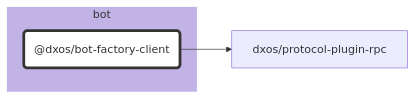
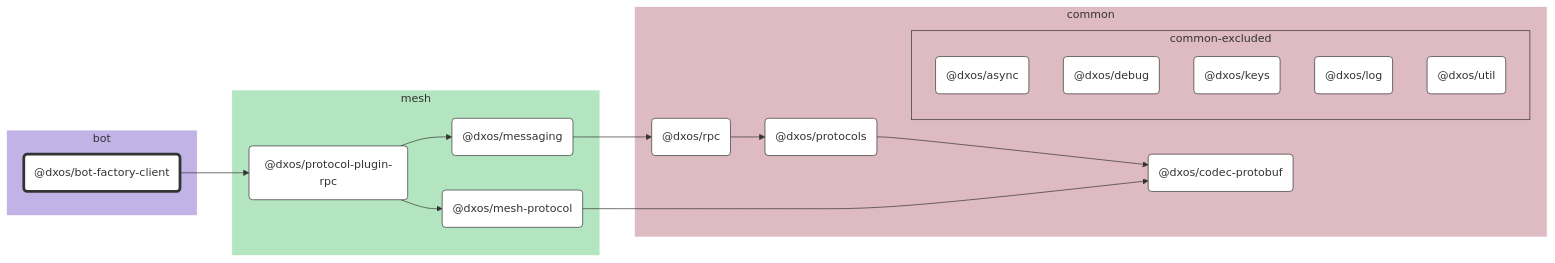
Before and after one commit to dxos/dxos: the diagram in packages/bot/bot-factory-client/docs/README.md, drawn with Mermaid. The commit also changed 69 other files, not shown here.

````diff
--- a/packages/bot/bot-factory-client/docs/README.md
+++ b/packages/bot/bot-factory-client/docs/README.md
@@ -7,21 +7,61 @@
 ```mermaid
 %%{ init: {'flowchart':{'curve':'basis'}} }%%
 
 flowchart LR
 
 %% Classes
 classDef def fill:#fff,stroke:#333,stroke-width:1px
 classDef root fill:#fff,stroke:#333,stroke-width:4px
 
 %% Nodes
 
 subgraph bot [bot]
   style bot fill:#c2b3e6,stroke:#fff
   dxos/bot-factory-client("@dxos/bot-factory-client"):::root
   click dxos/bot-factory-client "dxos/dxos/tree/main/packages/bot/bot-factory-client/docs"
 end
 
+subgraph common [common]
+  style common fill:#debac2,stroke:#fff
+  dxos/codec-protobuf("@dxos/codec-protobuf"):::def
+  click dxos/codec-protobuf "dxos/dxos/tree/main/packages/common/codec-protobuf/docs"
+  dxos/protocols("@dxos/protocols"):::def
+  click dxos/protocols "dxos/dxos/tree/main/packages/common/protocols/docs"
+  dxos/rpc("@dxos/rpc"):::def
+  click dxos/rpc "dxos/dxos/tree/main/packages/common/rpc/docs"
+
+  subgraph common-excluded [common-excluded]
+    style common-excluded fill:#debac2,stroke:#333,stroke-dashed:5 5
+    dxos/async("@dxos/async"):::def
+    click dxos/async "dxos/dxos/tree/main/packages/common/async/docs"
+    dxos/debug("@dxos/debug"):::def
+    click dxos/debug "dxos/dxos/tree/main/packages/common/debug/docs"
+    dxos/keys("@dxos/keys"):::def
+    click dxos/keys "dxos/dxos/tree/main/packages/common/keys/docs"
+    dxos/log("@dxos/log"):::def
+    click dxos/log "dxos/dxos/tree/main/packages/common/log/docs"
+    dxos/util("@dxos/util"):::def
+    click dxos/util "dxos/dxos/tree/main/packages/common/util/docs"
+  end
+end
+
+subgraph mesh [mesh]
+  style mesh fill:#b3e6c0,stroke:#fff
+  dxos/protocol-plugin-rpc("@dxos/protocol-plugin-rpc"):::def
+  click dxos/protocol-plugin-rpc "dxos/dxos/tree/main/packages/mesh/protocol-plugin-rpc/docs"
+  dxos/messaging("@dxos/messaging"):::def
+  click dxos/messaging "dxos/dxos/tree/main/packages/mesh/messaging/docs"
+  dxos/mesh-protocol("@dxos/mesh-protocol"):::def
+  click dxos/mesh-protocol "dxos/dxos/tree/main/packages/mesh/mesh-protocol/docs"
+end
+
 %% Links
 linkStyle default stroke:#333,stroke-width:1px
 dxos/bot-factory-client --> dxos/protocol-plugin-rpc
+dxos/protocol-plugin-rpc --> dxos/messaging
+dxos/protocols --> dxos/codec-protobuf
+dxos/messaging --> dxos/rpc
+dxos/rpc --> dxos/protocols
+dxos/protocol-plugin-rpc --> dxos/mesh-protocol
+dxos/mesh-protocol --> dxos/codec-protobuf
 ```
````
